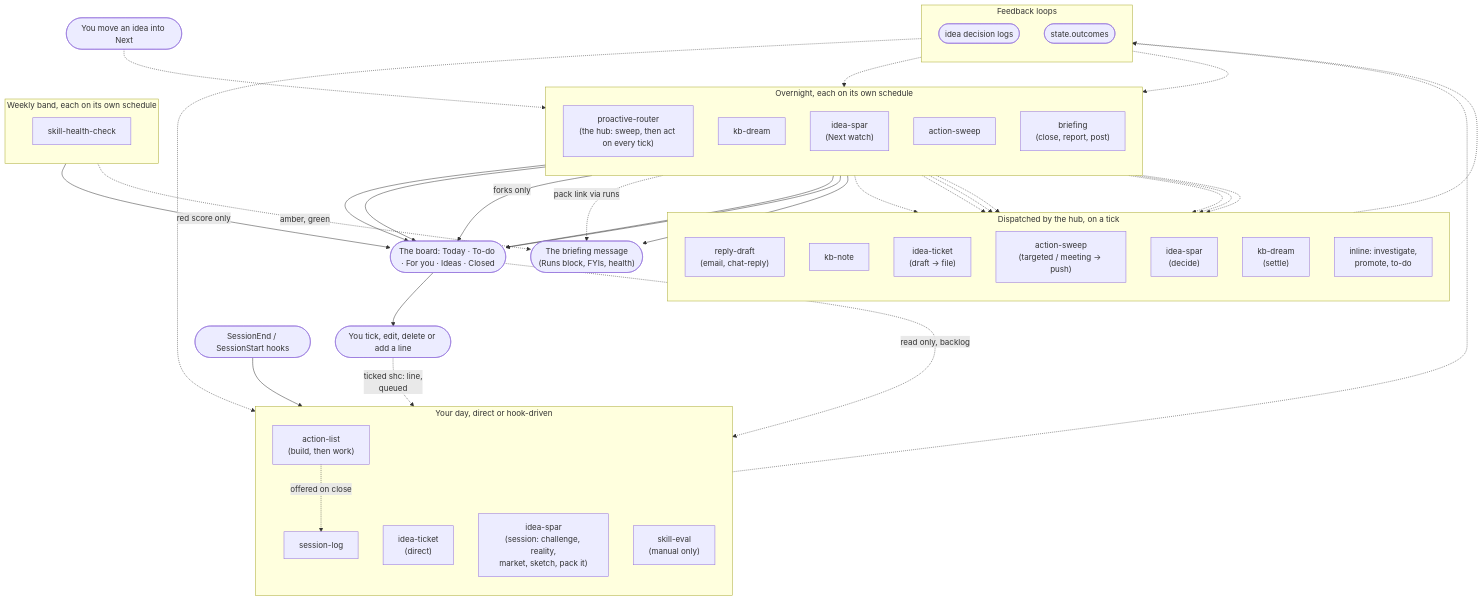
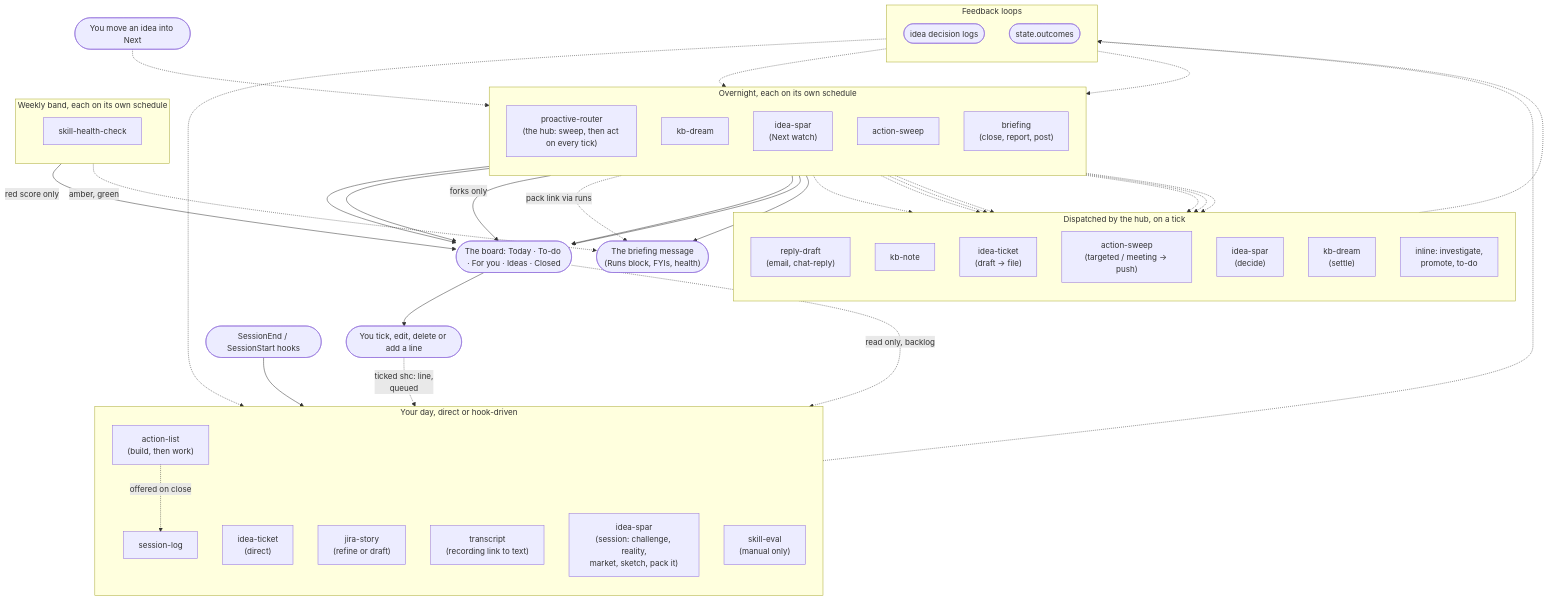
The diagram in docs/skill-flow.md (mrp901/marcketplace), drawn with Mermaid before and after one commit. The commit also changed 15 other files, not shown here.

First line of the commit message:
add(transcript, jira-story): port from synced skills (1.7.0)

````diff
--- a/docs/skill-flow.md
+++ b/docs/skill-flow.md
@@ -29,80 +29,82 @@
 ```mermaid
 flowchart TB
     subgraph overnight["Overnight, each on its own schedule"]
         direction TB
         router["proactive-router\n(the hub: sweep, then act on every tick)"]
         dream["kb-dream"]
         sparwatch["idea-spar\n(Next watch)"]
         sweep["action-sweep"]
         briefing["briefing\n(close, report, post)"]
     end
 
     board(["The board: Today · To-do · For you · Ideas · Closed"])
     tick(["You tick, edit, delete or add a line"])
     message(["The briefing message\n(Runs block, FYIs, health)"])
 
     router --> board
     dream --> board
     sparwatch -->|"forks only"| board
     sparwatch -.->|"pack link via runs"| message
     sweep --> board
     briefing --> board
     briefing --> message
     board --> tick
 
     subgraph handlers["Dispatched by the hub, on a tick"]
         direction TB
         replydraft["reply-draft\n(email, chat-reply)"]
         kbnote["kb-note"]
         ideaticket["idea-ticket\n(draft → file)"]
         sweeptargeted["action-sweep\n(targeted / meeting → push)"]
         spardecide["idea-spar\n(decide)"]
         dreamsettle["kb-dream\n(settle)"]
         inline["inline: investigate,\npromote, to-do"]
     end
 
     router -.-> replydraft
     router -.-> kbnote
     router -.-> ideaticket
     router -.-> sweeptargeted
     router -.-> spardecide
     router -.-> dreamsettle
     router -.-> inline
 
     subgraph manual["Your day, direct or hook-driven"]
         direction TB
         sessionlog["session-log"]
         actionlist["action-list\n(build, then work)"]
         ideaticketdirect["idea-ticket\n(direct)"]
+        jirastory["jira-story\n(refine or draft)"]
+        transcriptskill["transcript\n(recording link to text)"]
         sparsession["idea-spar\n(session: challenge, reality,\nmarket, sketch, pack it)"]
         skilleval["skill-eval\n(manual only)"]
     end
 
     sessionhook(["SessionEnd / SessionStart hooks"])
     sessionhook --> sessionlog
     board -.->|"read only, backlog"| actionlist
     actionlist -.->|"offered on close"| sessionlog
     roadmap(["You move an idea into Next"])
     roadmap -.-> sparwatch
 
     subgraph weekly["Weekly band, each on its own schedule"]
         direction TB
         healthcheck["skill-health-check"]
     end
 
     healthcheck -->|"red score only"| board
     healthcheck -.->|"amber, green"| message
 
     subgraph feedback["Feedback loops"]
         direction TB
         decisionlog(["idea decision logs"])
         outcomes(["state.outcomes"])
     end
 
     spardecide -.-> decisionlog
     decisionlog -.-> sparsession
     decisionlog -.-> sparwatch
     tick -.->|"ticked shc: line,\nqueued"| skilleval
     skilleval -.-> outcomes
     outcomes -.-> briefing
 ```
````
